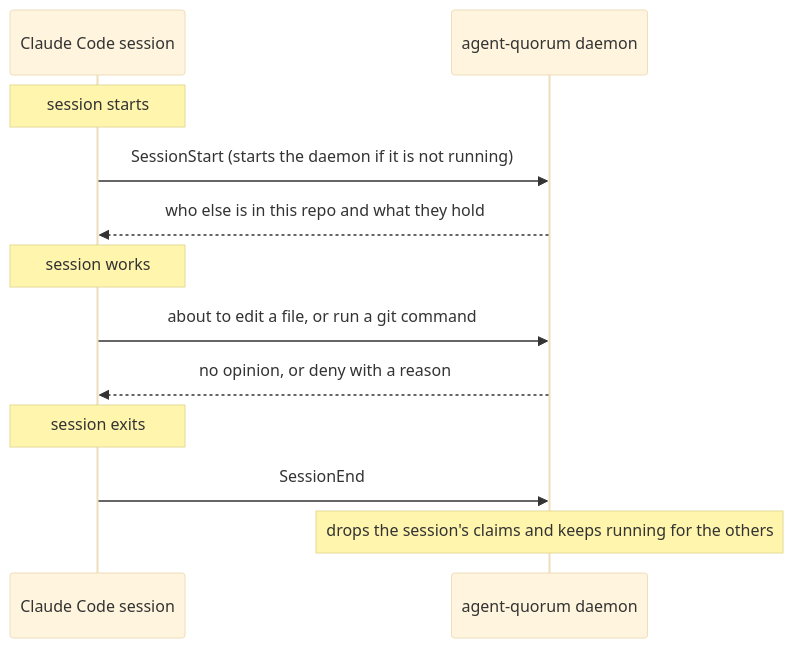
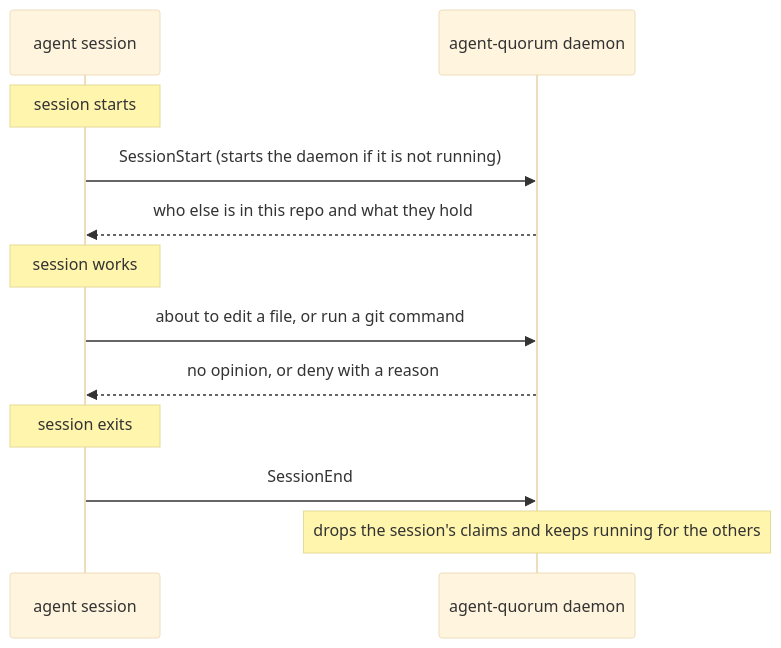
Before and after one commit to ChristopherLiew/agent-quorum: the diagram in README.md, drawn with Mermaid (base theme). The commit also changed other lines of this file and 30 other files, not shown here.

````diff
--- a/README.md
+++ b/README.md
@@ -78,14 +88,14 @@
 ```mermaid
 sequenceDiagram
-  participant C as Claude Code session
+  participant C as agent session
   participant D as agent-quorum daemon
   Note over C: session starts
   C->>D: SessionStart (starts the daemon if it is not running)
   D-->>C: who else is in this repo and what they hold
   Note over C: session works
   C->>D: about to edit a file, or run a git command
   D-->>C: no opinion, or deny with a reason
   Note over C: session exits
   C->>D: SessionEnd
   Note over D: drops the session's claims and keeps running for the others
 ```
````
